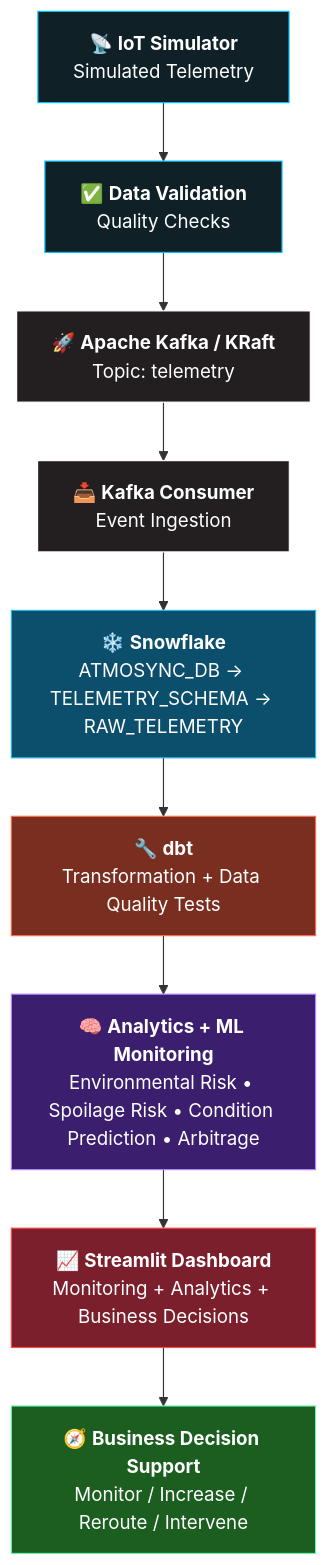
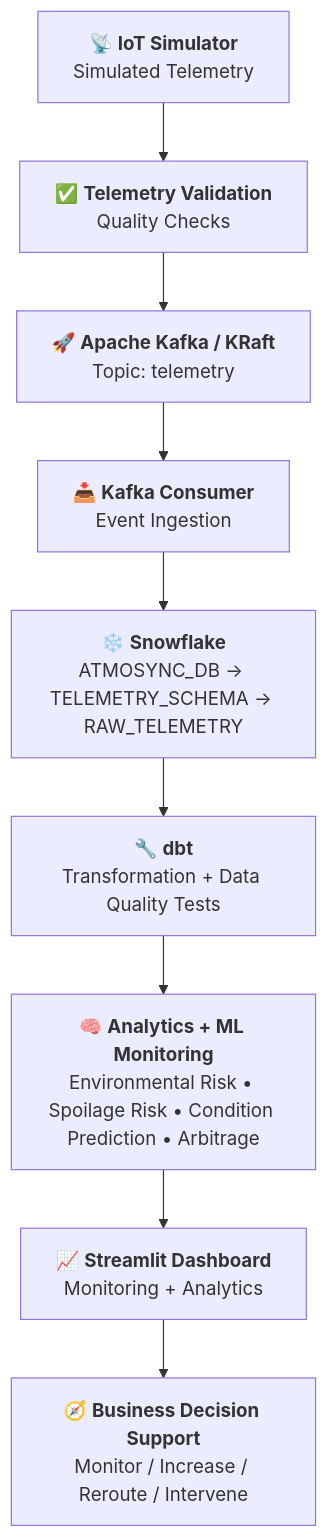
One commit to PritwishSaha/AtmoSync changed the first of 2 diagrams in README.md. Above: the diagram before and after it, drawn with Mermaid. The commit also changed other lines of this file and 5 other files, not shown here.

````diff
--- a/README.md
+++ b/README.md
@@ -196,21 +86,11 @@
 ```mermaid
 flowchart TD
-    A["📡 <b>IoT Simulator</b><br/>Simulated Telemetry"] --> B["✅ <b>Data Validation</b><br/>Quality Checks"]
+    A["📡 <b>IoT Simulator</b><br/>Simulated Telemetry"] --> B["✅ <b>Telemetry Validation</b><br/>Quality Checks"]
     B --> C["🚀 <b>Apache Kafka / KRaft</b><br/>Topic: telemetry"]
     C --> D["📥 <b>Kafka Consumer</b><br/>Event Ingestion"]
     D --> E["❄️ <b>Snowflake</b><br/>ATMOSYNC_DB → TELEMETRY_SCHEMA → RAW_TELEMETRY"]
     E --> F["🔧 <b>dbt</b><br/>Transformation + Data Quality Tests"]
     F --> G["🧠 <b>Analytics + ML Monitoring</b><br/>Environmental Risk • Spoilage Risk • Condition Prediction • Arbitrage"]
-    G --> H["📈 <b>Streamlit Dashboard</b><br/>Monitoring + Analytics + Business Decisions"]
+    G --> H["📈 <b>Streamlit Dashboard</b><br/>Monitoring + Analytics"]
     H --> I["🧭 <b>Business Decision Support</b><br/>Monitor / Increase / Reroute / Intervene"]
-
-    style A fill:#0f2027,stroke:#00c2ff,color:#fff
-    style B fill:#0f2027,stroke:#00c2ff,color:#fff
-    style C fill:#231f20,stroke:#ffffff,color:#fff
-    style D fill:#231f20,stroke:#ffffff,color:#fff
-    style E fill:#0b4f6c,stroke:#29b5e8,color:#fff
-    style F fill:#7a2e1f,stroke:#ff694b,color:#fff
-    style G fill:#3b1f6e,stroke:#b388ff,color:#fff
-    style H fill:#7a1f2b,stroke:#ff4b4b,color:#fff
-    style I fill:#1b5e20,stroke:#69f0ae,color:#fff
 ```
````
